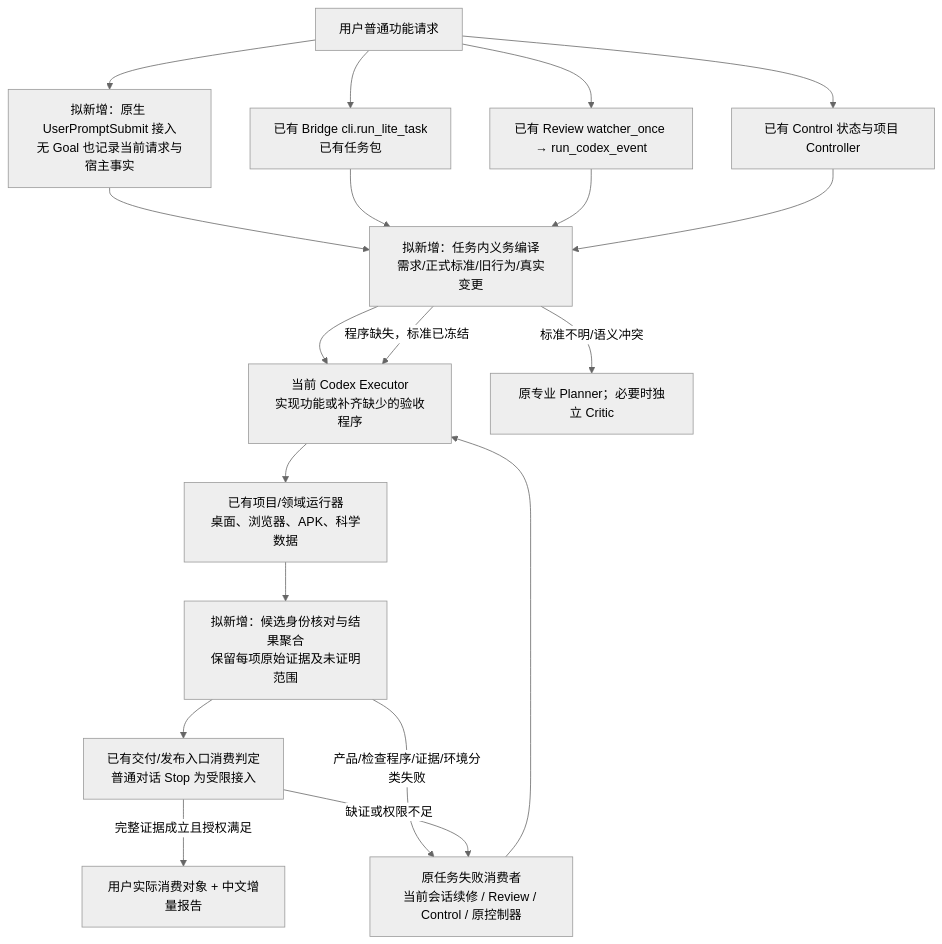
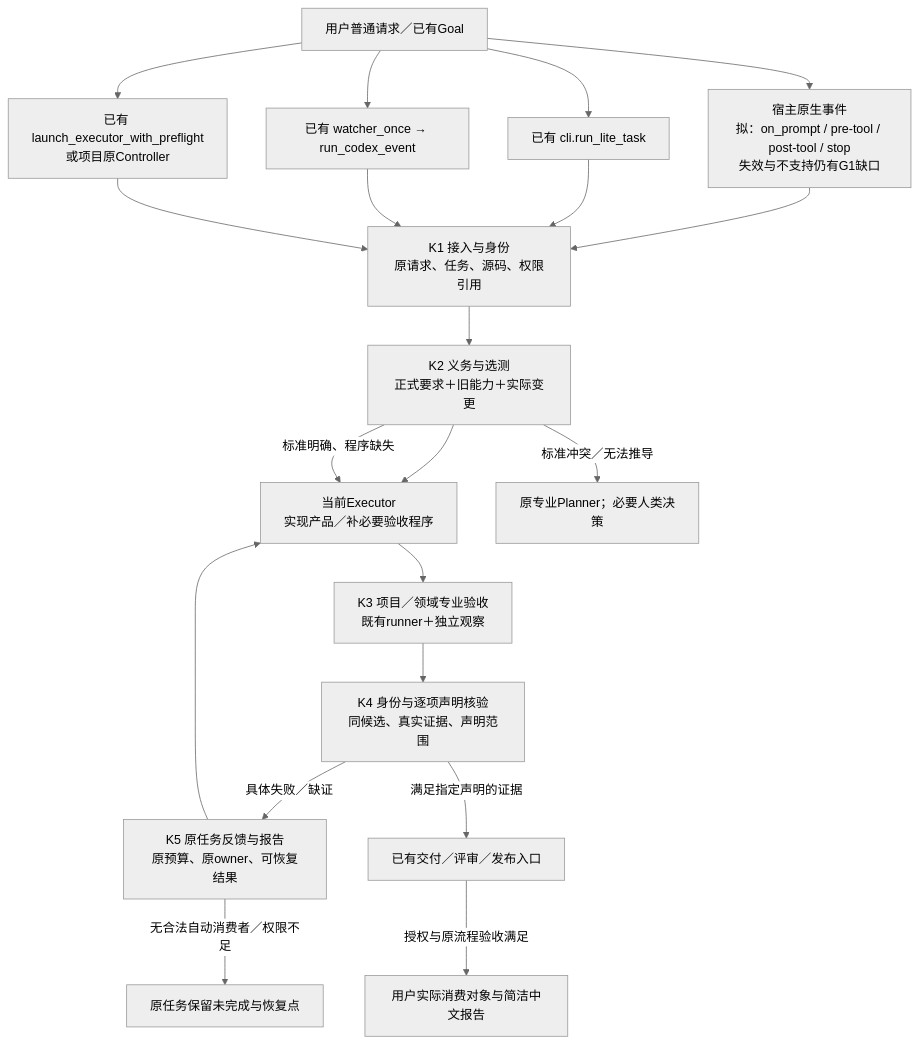
Before and after one commit to YuukiAS/AI_Research_Toolkit: the diagram in docs/research/software-production/22_DELIVERY_ASSURANCE_GLOBAL_WORK_RESEARCH_20261022/WORK_OUTPUT/02_ARCHITECTURE_AND_COMPONENTS.md, drawn with Mermaid (neutral theme). The commit also changed other lines of this file, not shown here.

````diff
--- a/docs/research/software-production/22_DELIVERY_ASSURANCE_GLOBAL_WORK_RESEARCH_20261022/WORK_OUTPUT/02_ARCHITECTURE_AND_COMPONENTS.md
+++ b/docs/research/software-production/22_DELIVERY_ASSURANCE_GLOBAL_WORK_RESEARCH_20261022/WORK_OUTPUT/02_ARCHITECTURE_AND_COMPONENTS.md
@@ -9,25 +9,36 @@
 ```mermaid
 flowchart TD
-  U["用户普通功能请求"]
-  H["拟新增：原生 UserPromptSubmit 接入\n无 Goal 也记录当前请求与宿主事实"]
-  L["已有 Bridge cli.run_lite_task\n已有任务包"]
-  R["已有 Review watcher_once → run_codex_event"]
-  C["已有 Control 状态与项目 Controller"]
-  O["拟新增：任务内义务编译\n需求/正式标准/旧行为/真实变更"]
-  E["当前 Codex Executor\n实现功能或补齐缺少的验收程序"]
-  V["已有项目/领域运行器\n桌面、浏览器、APK、科学数据"]
-  J["拟新增：候选身份核对与结果聚合\n保留每项原始证据及未证明范围"]
-  D["已有交付/发布入口消费判定\n普通对话 Stop 为受限接入"]
-  F["原任务失败消费者\n当前会话续修 / Review / Control / 原控制器"]
-  P["用户实际消费对象 + 中文增量报告"]
-  U --> H --> O
-  U --> L --> O
-  U --> R --> O
-  U --> C --> O
-  O --> E --> V --> J --> D
-  O -- "标准不明/语义冲突" --> Q["原专业 Planner；必要时独立 Critic"]
-  O -- "程序缺失，标准已冻结" --> E
-  J -- "产品/检查程序/证据/环境分类失败" --> F --> E
-  D -- "完整证据成立且授权满足" --> P
-  D -- "缺证或权限不足" --> F
+  U["用户普通请求／已有Goal"]
+  N["宿主原生事件
+拟：on_prompt / pre-tool / post-tool / stop
+失效与不支持仍有G1缺口"]
+  L["已有 cli.run_lite_task"]
+  R["已有 watcher_once → run_codex_event"]
+  C["已有 launch_executor_with_preflight
+或项目原Controller"]
+  K1["K1 接入与身份
+原请求、任务、源码、权限引用"]
+  K2["K2 义务与选测
+正式要求＋旧能力＋实际变更"]
+  E["当前Executor
+实现产品／补必要验收程序"]
+  K3["K3 项目／领域专业验收
+既有runner＋独立观察"]
+  K4["K4 身份与逐项声明核验
+同候选、真实证据、声明范围"]
+  K5["K5 原任务反馈与报告
+原预算、原owner、可恢复结果"]
+  D["已有交付／评审／发布入口"]
+  P["用户实际消费对象与简洁中文报告"]
+  U --> N --> K1
+  U --> L --> K1
+  U --> R --> K1
+  U --> C --> K1
+  K1 --> K2 --> E --> K3 --> K4
+  K2 -- "标准明确、程序缺失" --> E
+  K2 -- "标准冲突／无法推导" --> Q["原专业Planner；必要人类决策"]
+  K4 -- "具体失败／缺证" --> K5 --> E
+  K4 -- "满足指定声明的证据" --> D
+  D -- "授权与原流程验收满足" --> P
+  K5 -- "无合法自动消费者／权限不足" --> W["原任务保留未完成与恢复点"]
 ```
````
